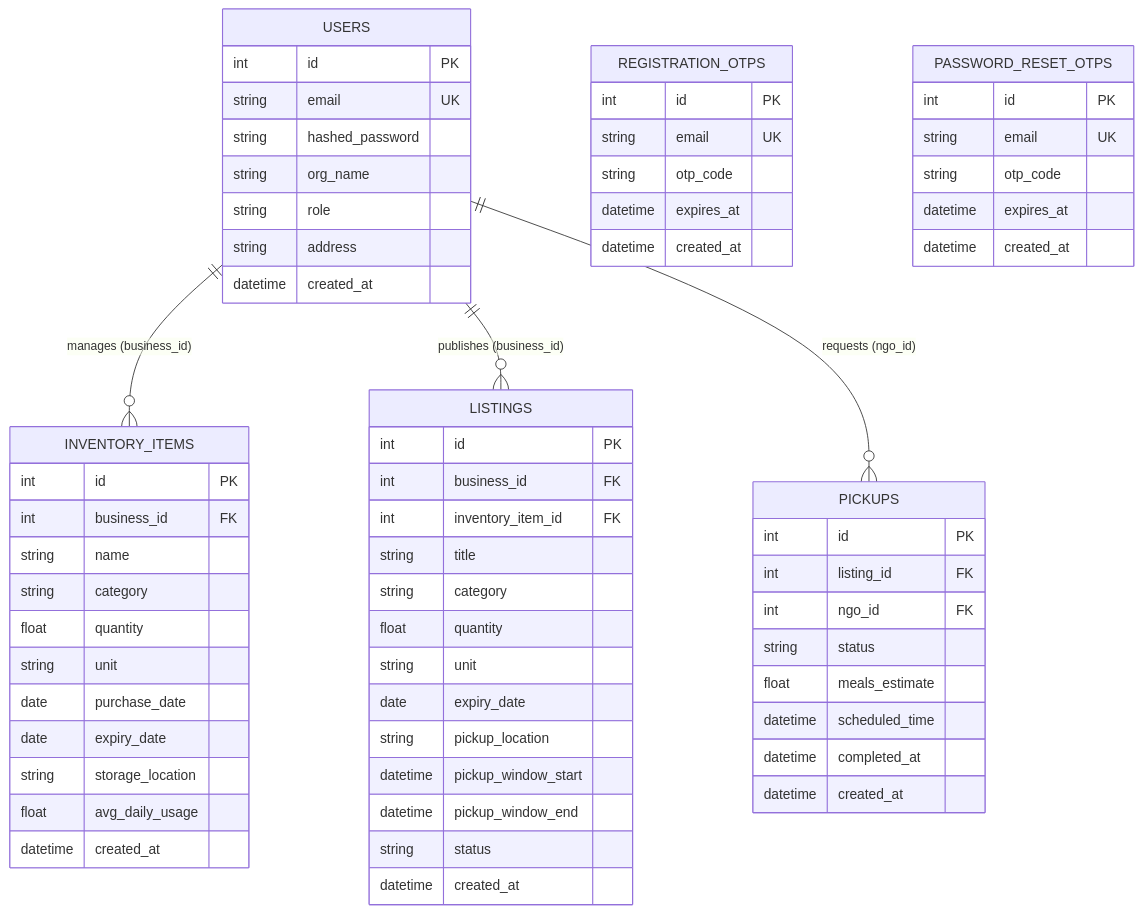
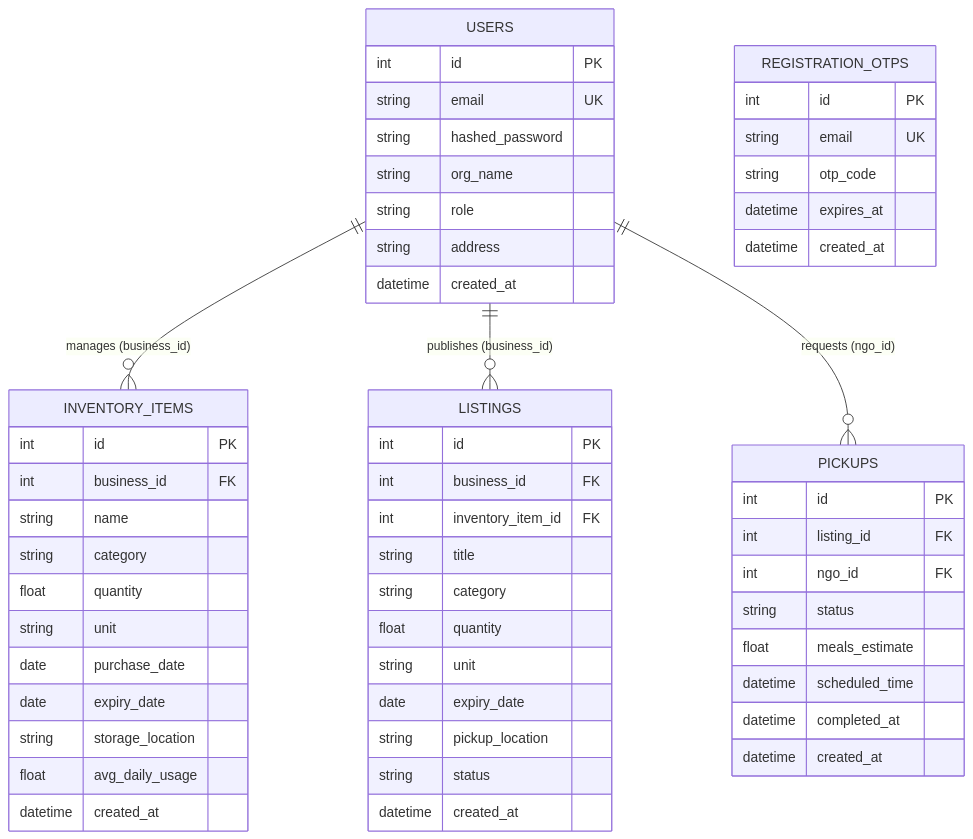
The second of 2 diagrams in README.md (preygoti/foodwaste-platform), drawn with Mermaid before and after one commit. The commit also changed other lines of this file, not shown here.

Commit message:
docs(readme): polish README with high-res banner, architecture diagrams, and founder accreditation

````diff
--- a/README.md
+++ b/README.md
@@ -107,73 +105,63 @@
 ```mermaid
 erDiagram
     USERS ||--o{ INVENTORY_ITEMS : "manages (business_id)"
     USERS ||--o{ LISTINGS : "publishes (business_id)"
     USERS ||--o{ PICKUPS : "requests (ngo_id)"
     
     USERS {
         int id PK
         string email UK
         string hashed_password
         string org_name
         string role
         string address
         datetime created_at
     }
 
     REGISTRATION_OTPS {
-        int id PK
-        string email UK
-        string otp_code
-        datetime expires_at
-        datetime created_at
-    }
-
-    PASSWORD_RESET_OTPS {
         int id PK
         string email UK
         string otp_code
         datetime expires_at
         datetime created_at
     }
 
     INVENTORY_ITEMS {
         int id PK
         int business_id FK
         string name
         string category
         float quantity
         string unit
         date purchase_date
         date expiry_date
         string storage_location
         float avg_daily_usage
         datetime created_at
     }
 
     LISTINGS {
         int id PK
         int business_id FK
         int inventory_item_id FK
         string title
         string category
         float quantity
         string unit
         date expiry_date
         string pickup_location
-        datetime pickup_window_start
-        datetime pickup_window_end
         string status
         datetime created_at
     }
 
     PICKUPS {
         int id PK
         int listing_id FK
         int ngo_id FK
         string status
         float meals_estimate
         datetime scheduled_time
         datetime completed_at
         datetime created_at
     }
 ```
````
